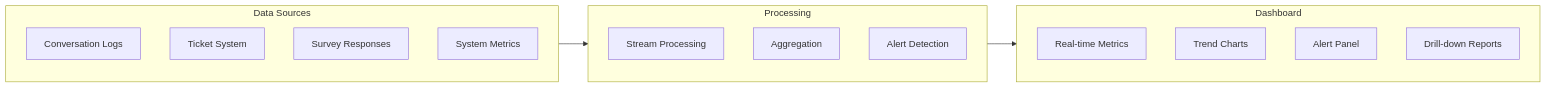
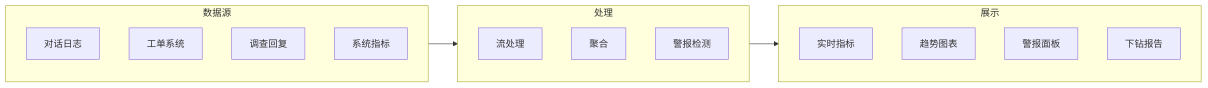
One commit to stars-labs/ai-driven-customer-service changed the second of 3 diagrams in i18n/zh/docusaurus-plugin-content-docs/current/12-monitoring-eval.md. Above: the diagram before and after it, drawn with Mermaid. The commit also changed other lines of this file and 15 other files, not shown here.

````diff
--- a/i18n/zh/docusaurus-plugin-content-docs/current/12-monitoring-eval.md
+++ b/i18n/zh/docusaurus-plugin-content-docs/current/12-monitoring-eval.md
@@ -146,25 +146,25 @@
 ```mermaid
 flowchart LR
-    subgraph Data["Data Sources"]
-        D1[Conversation Logs]
-        D2[Ticket System]
-        D3[Survey Responses]
-        D4[System Metrics]
+    subgraph Data["数据源"]
+        D1[对话日志]
+        D2[工单系统]
+        D3[调查回复]
+        D4[系统指标]
     end
 
-    subgraph Pipeline["Processing"]
-        P1[Stream Processing]
-        P2[Aggregation]
-        P3[Alert Detection]
+    subgraph Pipeline["处理"]
+        P1[流处理]
+        P2[聚合]
+        P3[警报检测]
     end
 
-    subgraph Display["Dashboard"]
-        DD1[Real-time Metrics]
-        DD2[Trend Charts]
-        DD3[Alert Panel]
-        DD4[Drill-down Reports]
+    subgraph Display["展示"]
+        DD1[实时指标]
+        DD2[趋势图表]
+        DD3[警报面板]
+        DD4[下钻报告]
     end
 
     Data --> Pipeline
     Pipeline --> Display
 ```
````
